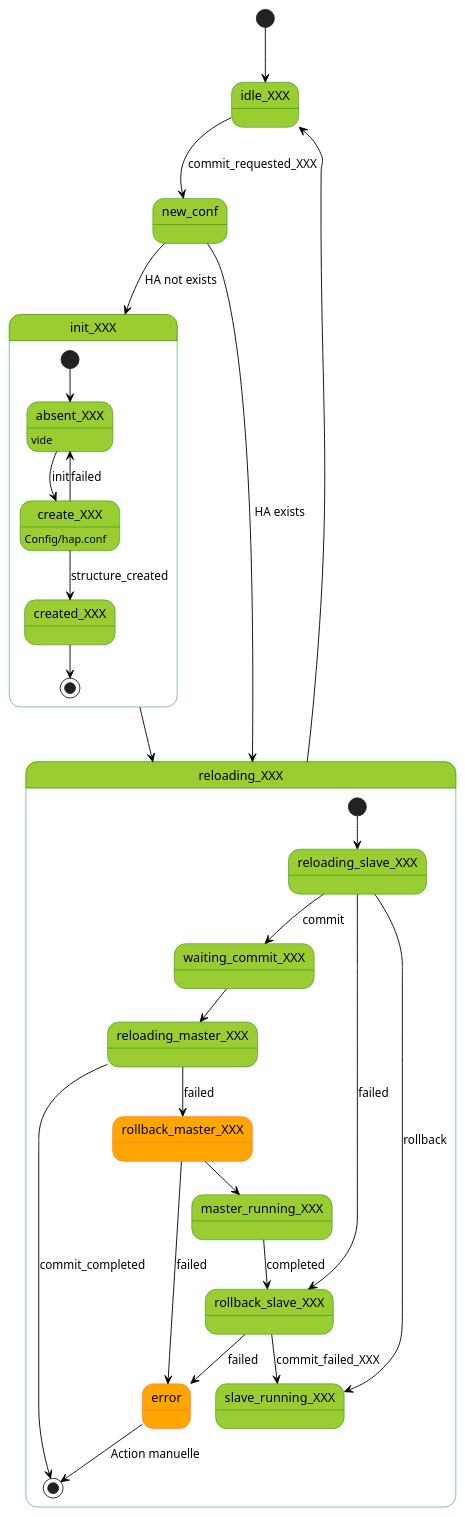
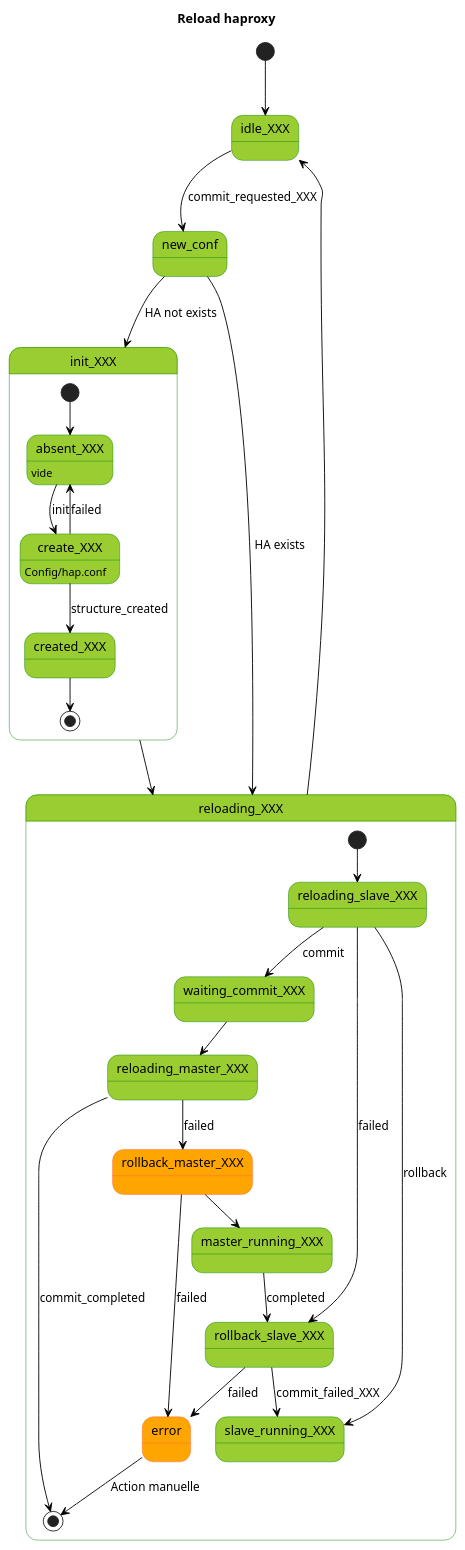
Before and after one commit to voyages-sncf-technologies/strowgr: the diagram in docs/HA_states.puml, drawn with PlantUML.

Commit message:
Update state diagram

```diff
--- a/docs/HA_states.puml
+++ b/docs/HA_states.puml
@@ -1,62 +1,63 @@
 @startuml
+title Reload haproxy
 skinparam state {
   BackgroundColor YellowGreen
   BorderColor Green
   ArrowColor Black
 
   BackgroundColor<<Error>> Orange
   BorderColor<<Error>> Tomato
 
   BackgroundColor<<Fatal>> Red
 }
 [*] --> idle_XXX
 idle_XXX --> new_conf : commit_requested_XXX
 new_conf --> init_XXX : HA not exists
 new_conf --> reloading_XXX : HA exists
 
 state init_XXX{
 
   [*] --> absent_XXX
   absent_XXX: vide
   absent_XXX --> create_XXX : init
 
   create_XXX: Config/hap.conf
   create_XXX --> absent_XXX: failed
   create_XXX --> created_XXX: structure_created
 
   created_XXX --> [*]
 }
 init_XXX --> reloading_XXX
 
 'present_A --> loading_B: commit_requested
 'loading_B --> rollingback_B:ack_not_received
 'loading_B --> waiting_ack_B : reloaded_ok
 '
 'waiting_ack_B --> present_B : ack_ok
 'rollingback_B --> present_A: rollback_ok
 
 state reloading_XXX{
 
   [*] --> reloading_slave_XXX
 
   reloading_slave_XXX --> waiting_commit_XXX : commit
   reloading_slave_XXX --> slave_running_XXX : rollback
 
   waiting_commit_XXX --> reloading_master_XXX
 
   reloading_slave_XXX --> rollback_slave_XXX<<Erro>> : failed
 
   reloading_master_XXX --> [*] : commit_completed
   reloading_master_XXX --> rollback_master_XXX <<Error>> : failed
 
   rollback_slave_XXX --> slave_running_XXX : commit_failed_XXX
   rollback_slave_XXX --> error : failed
 
   rollback_master_XXX --> master_running_XXX
   rollback_master_XXX --> error<<Error>> : failed
   master_running_XXX --> rollback_slave_XXX : completed
 
   error --> [*] : Action manuelle
 }
 reloading_XXX --> idle_XXX
 @enduml
```
